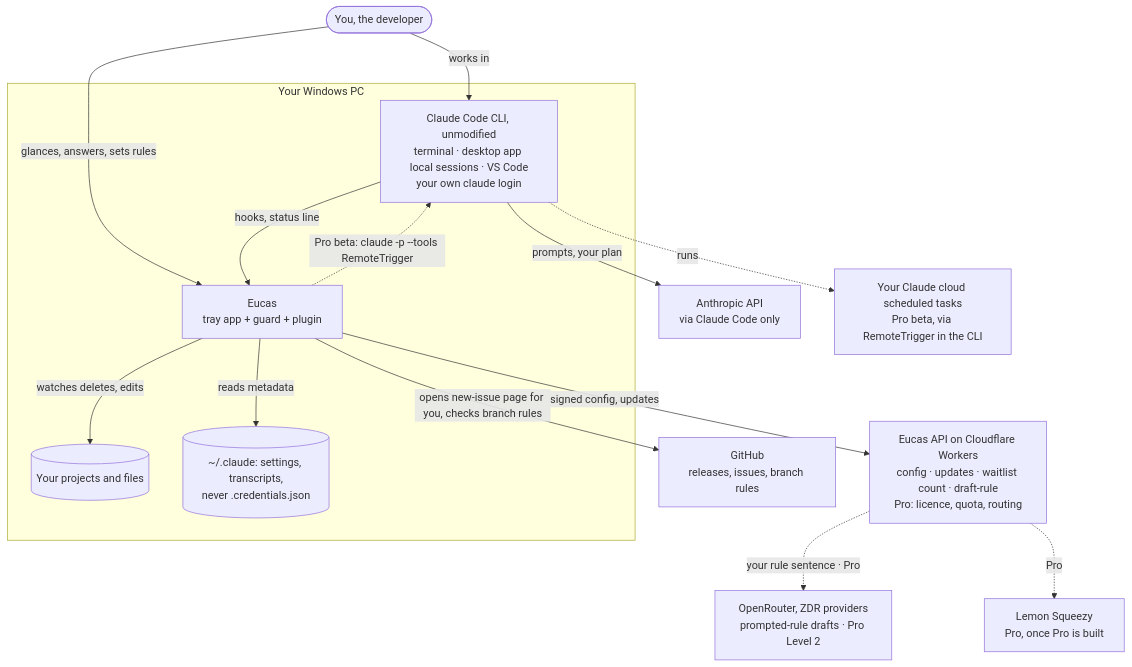
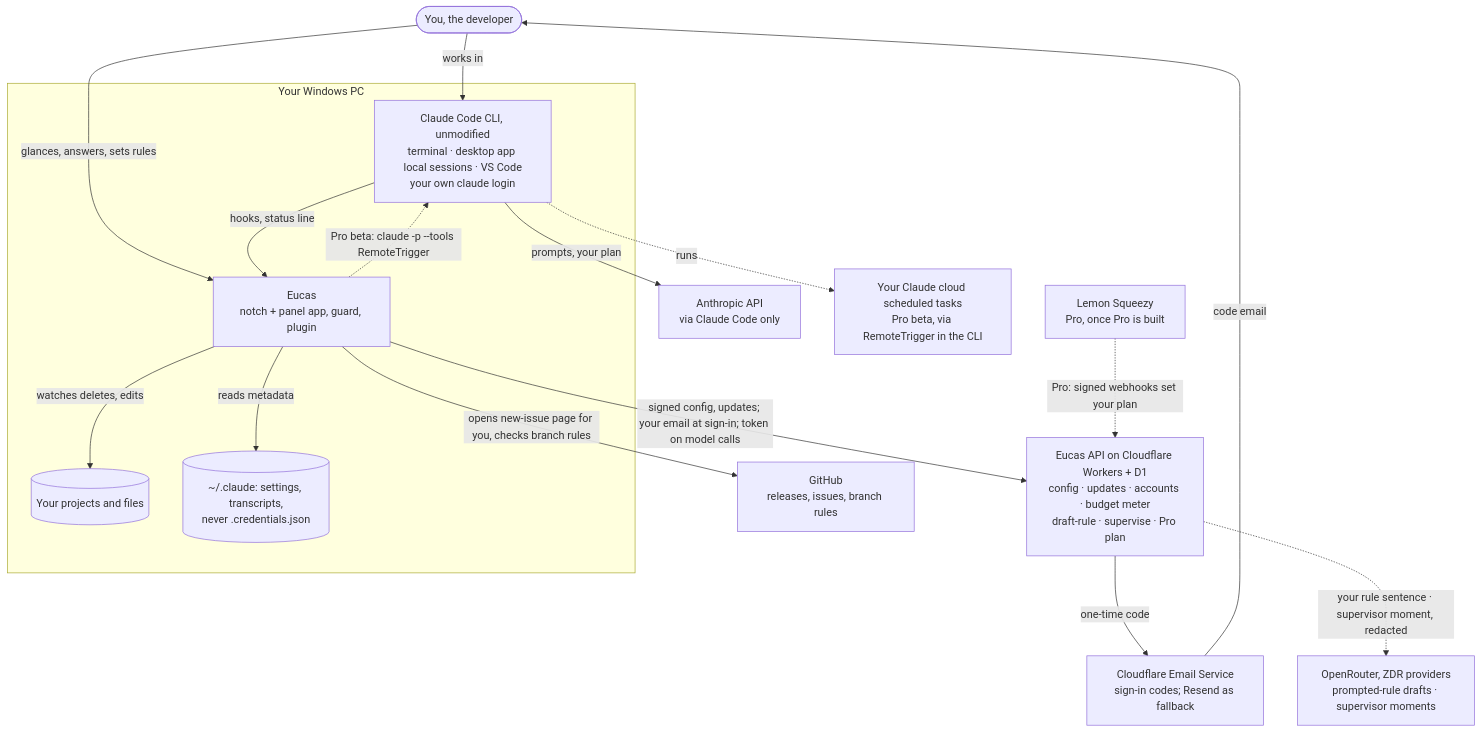
One commit to Majd-Alhakim/bench changed the first of 6 diagrams in docs/architecture/companion/SYSTEM-DESIGN.md. Above: the diagram before and after it, drawn with Mermaid. The commit also changed other lines of this file and 19 other files, not shown here.

First line of the commit message:
docs(architecture): apply spike findings, CR-011, CR-012 and the 26 Oct founder decisions

````diff
--- a/docs/architecture/companion/SYSTEM-DESIGN.md
+++ b/docs/architecture/companion/SYSTEM-DESIGN.md
@@ -65,29 +84,32 @@
 ```mermaid
 flowchart TB
   U([You, the developer])
   subgraph PC[Your Windows PC]
     CC[Claude Code CLI, unmodified<br/>terminal · desktop app local sessions · VS Code<br/>your own claude login]
-    E[Eucas<br/>tray app + guard + plugin]
+    E[Eucas<br/>notch + panel app, guard, plugin]
     FS[(Your projects and files)]
     CCF[(~/.claude: settings, transcripts,<br/>never .credentials.json)]
   end
   AN[Anthropic API<br/>via Claude Code only]
   GH[GitHub<br/>releases, issues, branch rules]
-  W[Eucas API on Cloudflare Workers<br/>config · updates · waitlist count · draft-rule<br/>Pro: licence, quota, routing]
-  OR[OpenRouter, ZDR providers<br/>prompted-rule drafts · Pro Level 2]
+  W[Eucas API on Cloudflare Workers + D1<br/>config · updates · accounts · budget meter<br/>draft-rule · supervise · Pro plan]
+  EM[Cloudflare Email Service<br/>sign-in codes; Resend as fallback]
+  OR[OpenRouter, ZDR providers<br/>prompted-rule drafts · supervisor moments]
   LS[Lemon Squeezy<br/>Pro, once Pro is built]
   RT[Your Claude cloud scheduled tasks<br/>Pro beta, via RemoteTrigger in the CLI]
 
   U -- works in --> CC
   U -- glances, answers, sets rules --> E
   CC -- hooks, status line --> E
   E -- reads metadata --> CCF
   E -- watches deletes, edits --> FS
   CC -- prompts, your plan --> AN
-  E -- signed config, updates --> W
-  W -. your rule sentence · Pro .-> OR
-  W -. Pro .-> LS
+  E -- signed config, updates; your email at sign-in; token on model calls --> W
+  W -- one-time code --> EM
+  EM -- code email --> U
+  W -. your rule sentence · supervisor moment, redacted .-> OR
+  LS -. Pro: signed webhooks set your plan .-> W
   E -. Pro beta: claude -p --tools RemoteTrigger .-> CC
   CC -. runs .-> RT
   E -- opens new-issue page for you, checks branch rules --> GH
 ```
````
